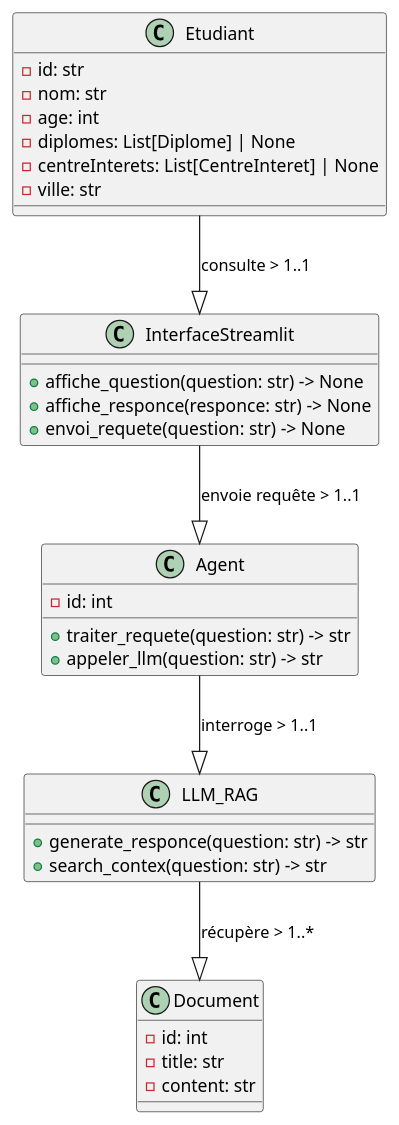
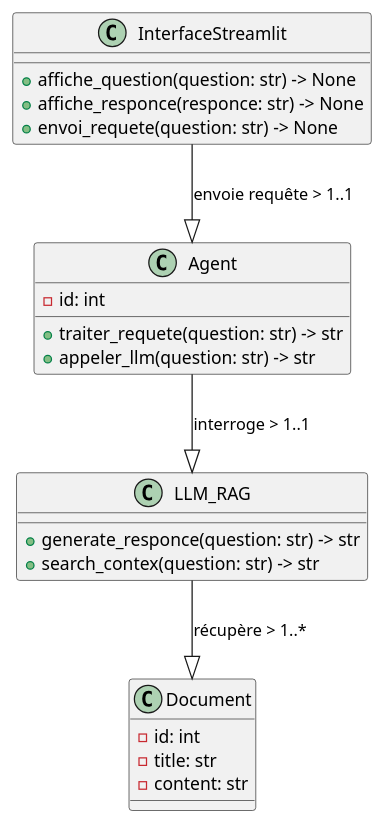
The diagram in uml/diagrame_class.plantuml (shooter-dev/agent_ia_chatbot_search_education), drawn with PlantUML before and after one commit. The commit also changed 1 other file, not shown here.

Commit message:
fix: corection du diagram de class

```diff
--- a/uml/diagrame_class.plantuml
+++ b/uml/diagrame_class.plantuml
@@ -1,40 +1,31 @@
 @startuml
-class Etudiant {
-    - id: str
-    - nom: str
-    - age: int
-    - diplomes: List[Diplome] | None
-    - centreInterets: List[CentreInteret] | None
-    - ville: str
-
-}
 
 class InterfaceStreamlit {
     + affiche_question(question: str) -> None
     + affiche_responce(responce: str) -> None
     + envoi_requete(question: str) -> None
 }
 
 class Agent {
     - id: int
 
     + traiter_requete(question: str) -> str
     + appeler_llm(question: str) -> str
 }
 
 class LLM_RAG {
     + generate_responce(question: str) -> str
     + search_contex(question: str) -> str
 }
 
 class Document {
     - id: int
     - title: str
     - content: str
 }
 
-Etudiant --|> InterfaceStreamlit : consulte > 1..1
 InterfaceStreamlit --|> Agent : envoie requête > 1..1
 Agent --|> LLM_RAG : interroge > 1..1
 LLM_RAG --|> Document : récupère > 1..*
+
 @enduml
```
